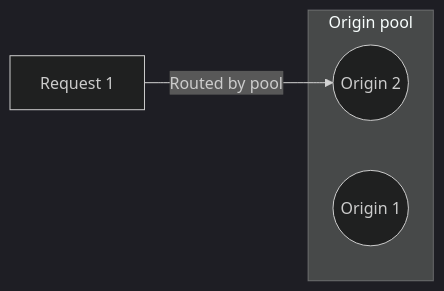
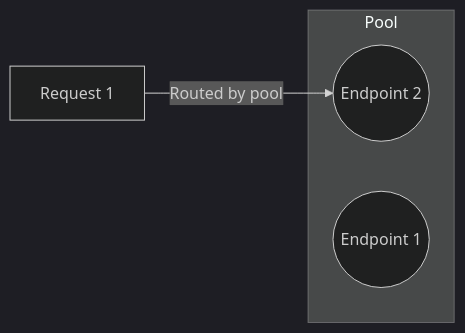
Before and after one commit to rdhanarot/cloudflare-docs: the diagram in content/learning-paths/load-balancing/concepts/load-balancer-components.md, drawn with Mermaid (dark theme). The commit also changed other lines of this file and 145 other files, not shown here.

````diff
--- a/content/learning-paths/load-balancing/concepts/load-balancer-components.md
+++ b/content/learning-paths/load-balancing/concepts/load-balancer-components.md
@@ -25,10 +25,10 @@
 ```mermaid
     flowchart LR
       accTitle: Pool traffic flow
-      accDescr: When an incoming request reaches a pool, it then goes to a server within the pool.
-    A[Request 1] --Routed by pool--> Origin2
-      subgraph P1 [Origin pool]
-        Origin1((Origin 1))
-        Origin2((Origin 2))
+      accDescr: When an incoming request reaches a pool, it then goes to an endpoint within the pool.
+    A[Request 1] --Routed by pool--> Endpoint2
+      subgraph P1 [Pool]
+        Endpoint1((Endpoint 1))
+        Endpoint2((Endpoint 2))
       end
 ```
````
